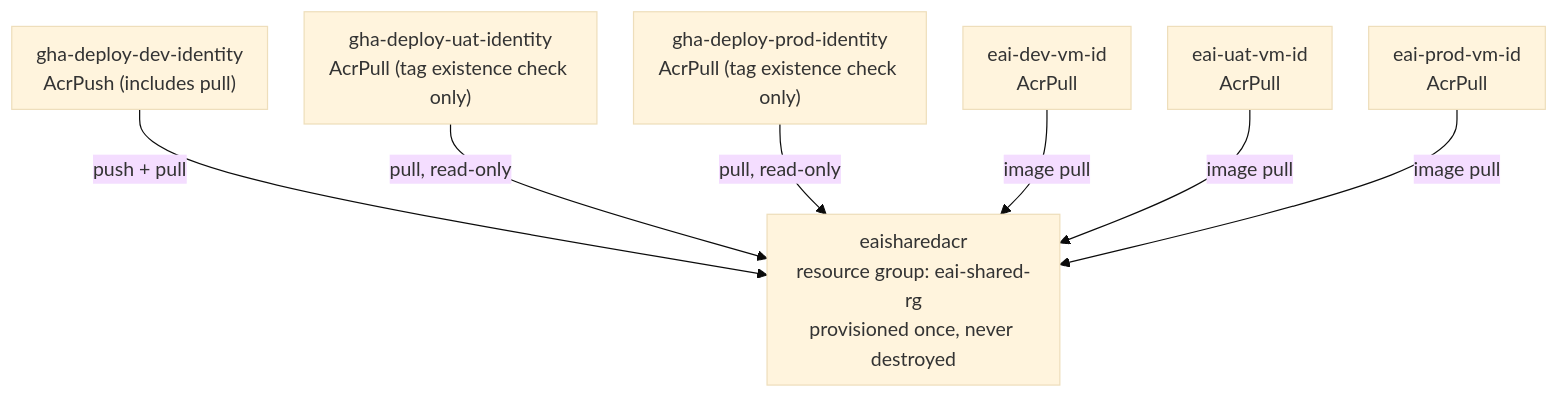
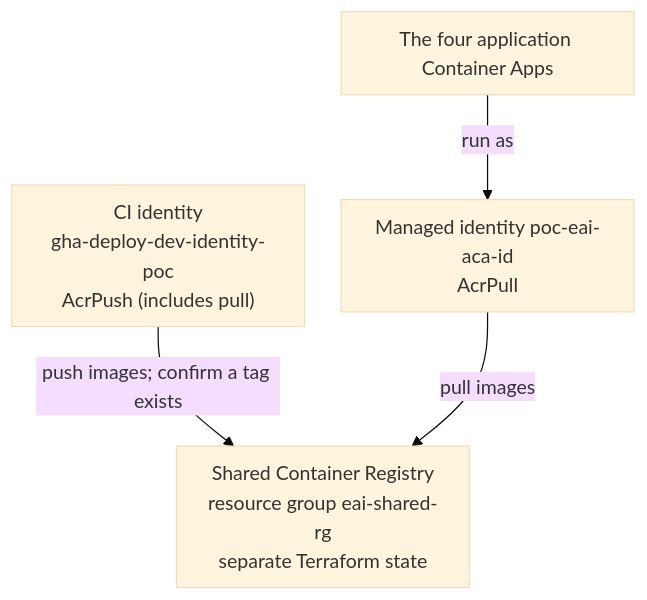
One commit to nikmar0808/eai-azure-poc changed the third of 3 diagrams in docs/ARCHITECTURE_AZURE.md. Above: the diagram before and after it, drawn with Mermaid. The commit also changed other lines of this file and 2 other files, not shown here.

````diff
--- a/docs/ARCHITECTURE_AZURE.md
+++ b/docs/ARCHITECTURE_AZURE.md
@@ -155,18 +154,12 @@
 ```mermaid
 %%{init: {"theme":"base","themeVariables":{"fontFamily":"Arial","fontSize":"16px"},"flowchart":{"nodeSpacing":30,"rankSpacing":50,"padding":10}}}%%
 flowchart TB
-    ACR["eaisharedacr\nresource group: eai-shared-rg\nprovisioned once, never destroyed"]
-    GHAdev["gha-deploy-dev-identity\nAcrPush (includes pull)"]
-    GHAuat["gha-deploy-uat-identity\nAcrPull (tag existence check only)"]
-    GHAprod["gha-deploy-prod-identity\nAcrPull (tag existence check only)"]
-    VMdID["eai-dev-vm-id\nAcrPull"]
-    VMuID["eai-uat-vm-id\nAcrPull"]
-    VMpID["eai-prod-vm-id\nAcrPull"]
+    ACR["Shared Container Registry\nresource group eai-shared-rg\nseparate Terraform state"]
+    CI["CI identity\ngha-deploy-dev-identity-poc\nAcrPush (includes pull)"]
+    MI["Managed identity poc-eai-aca-id\nAcrPull"]
+    Apps["The four application Container Apps"]
 
-    GHAdev -->|push + pull| ACR
-    GHAuat -->|pull, read-only| ACR
-    GHAprod -->|pull, read-only| ACR
-    VMdID -->|image pull| ACR
-    VMuID -->|image pull| ACR
-    VMpID -->|image pull| ACR
+    CI -->|"push images; confirm a tag exists"| ACR
+    MI -->|"pull images"| ACR
+    Apps -->|"run as"| MI
 ```
````
